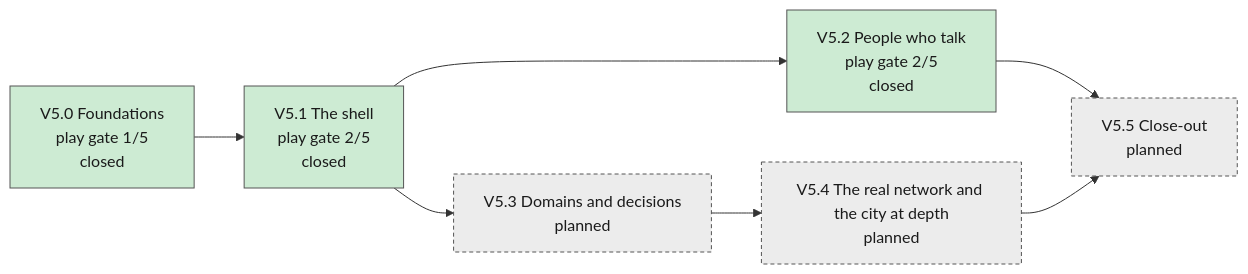
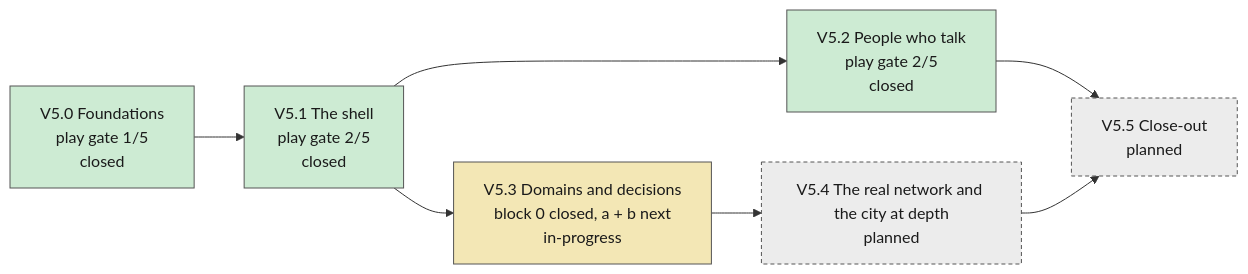
Before and after one commit to powerbassist/World-simulator: the first of 2 diagrams in docs/tiers/v5.md, drawn with Mermaid. The commit also changed other lines of this file and 3 other files, not shown here.

````diff
--- a/docs/tiers/v5.md
+++ b/docs/tiers/v5.md
@@ -66,19 +67,19 @@
 ```mermaid
 flowchart LR
   V50["V5.0 Foundations<br/>play gate 1/5<br/>closed"]:::closed
   V51["V5.1 The shell<br/>play gate 2/5<br/>closed"]:::closed
   V52["V5.2 People who talk<br/>play gate 2/5<br/>closed"]:::closed
-  V53["V5.3 Domains and decisions<br/>planned"]:::planned
+  V53["V5.3 Domains and decisions<br/>block 0 closed, a + b next<br/>in-progress"]:::inprogress
   V54["V5.4 The real network and the city at depth<br/>planned"]:::planned
   V55["V5.5 Close-out<br/>planned"]:::planned
   V50 --> V51
   V51 --> V52
   V51 --> V53
   V53 --> V54
   V52 --> V55
   V54 --> V55
   classDef closed fill:#cdebd3,stroke:#555,color:#1a1a1a
   classDef built fill:#cfe3f7,stroke:#555,color:#1a1a1a
   classDef inprogress fill:#f3e7b5,stroke:#555,color:#1a1a1a
   classDef planned fill:#ececec,stroke:#555,color:#1a1a1a,stroke-dasharray:4 3
 ```
````
